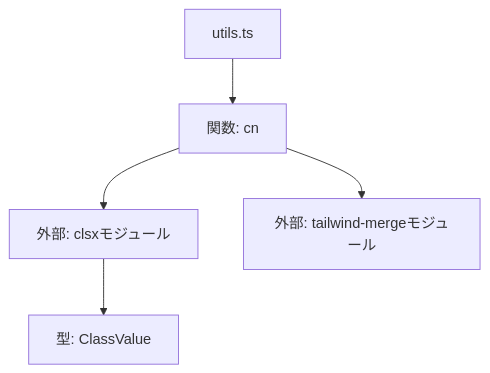
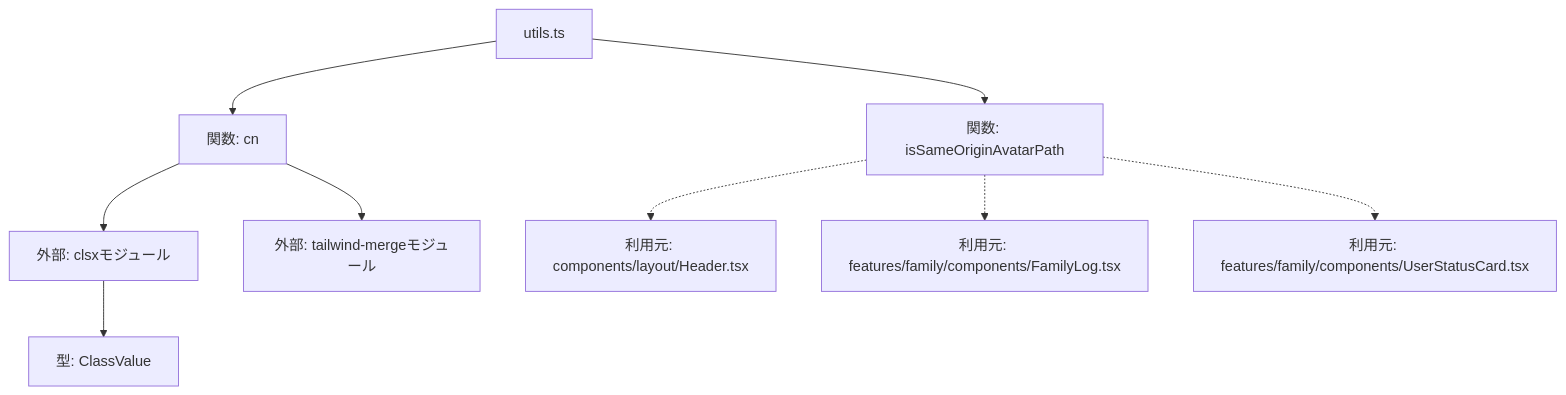
Before and after one commit to mmtigers/my_python_project: the second of 2 diagrams in docs/specifications/family-quest/src/lib/utils.md, drawn with Mermaid. The commit also changed other lines of this file and 18 other files, not shown here.

````diff
--- a/docs/specifications/family-quest/src/lib/utils.md
+++ b/docs/specifications/family-quest/src/lib/utils.md
@@ -77,8 +117,13 @@
 ```mermaid
 graph TD
     UtilsTS["utils.ts"] --> CN["関数: cn"]
     CN --> CLSX["外部: clsxモジュール"]
     CN --> TWMERGE["外部: tailwind-mergeモジュール"]
     CLSX --> ClassValue["型: ClassValue"]
 
+    UtilsTS --> ISAP["関数: isSameOriginAvatarPath"]
+    ISAP -.-> HeaderTsx["利用元: components/layout/Header.tsx"]
+    ISAP -.-> FamilyLogTsx["利用元: features/family/components/FamilyLog.tsx"]
+    ISAP -.-> UserStatusCardTsx["利用元: features/family/components/UserStatusCard.tsx"]
+
 ```
````
